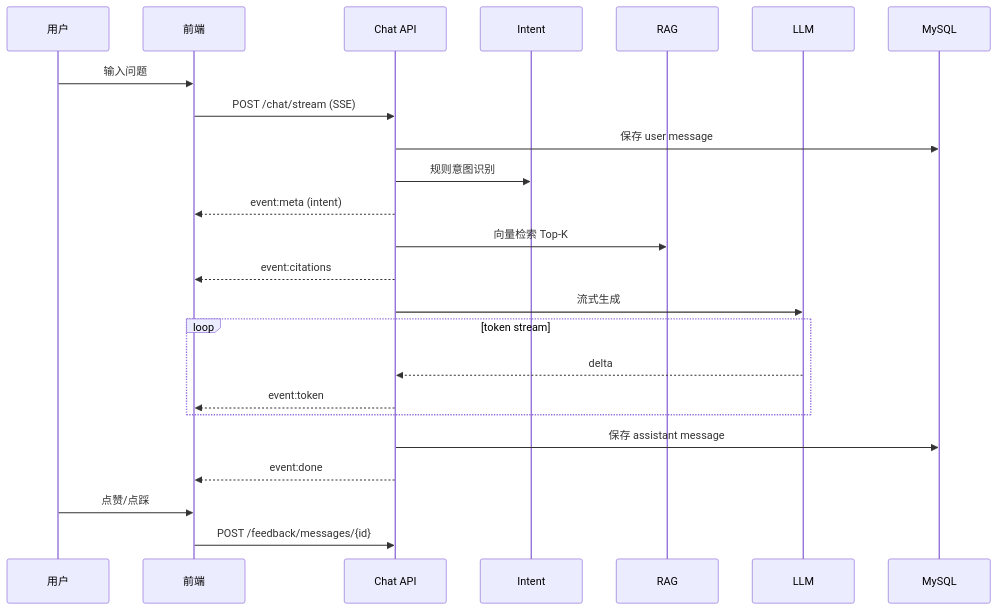
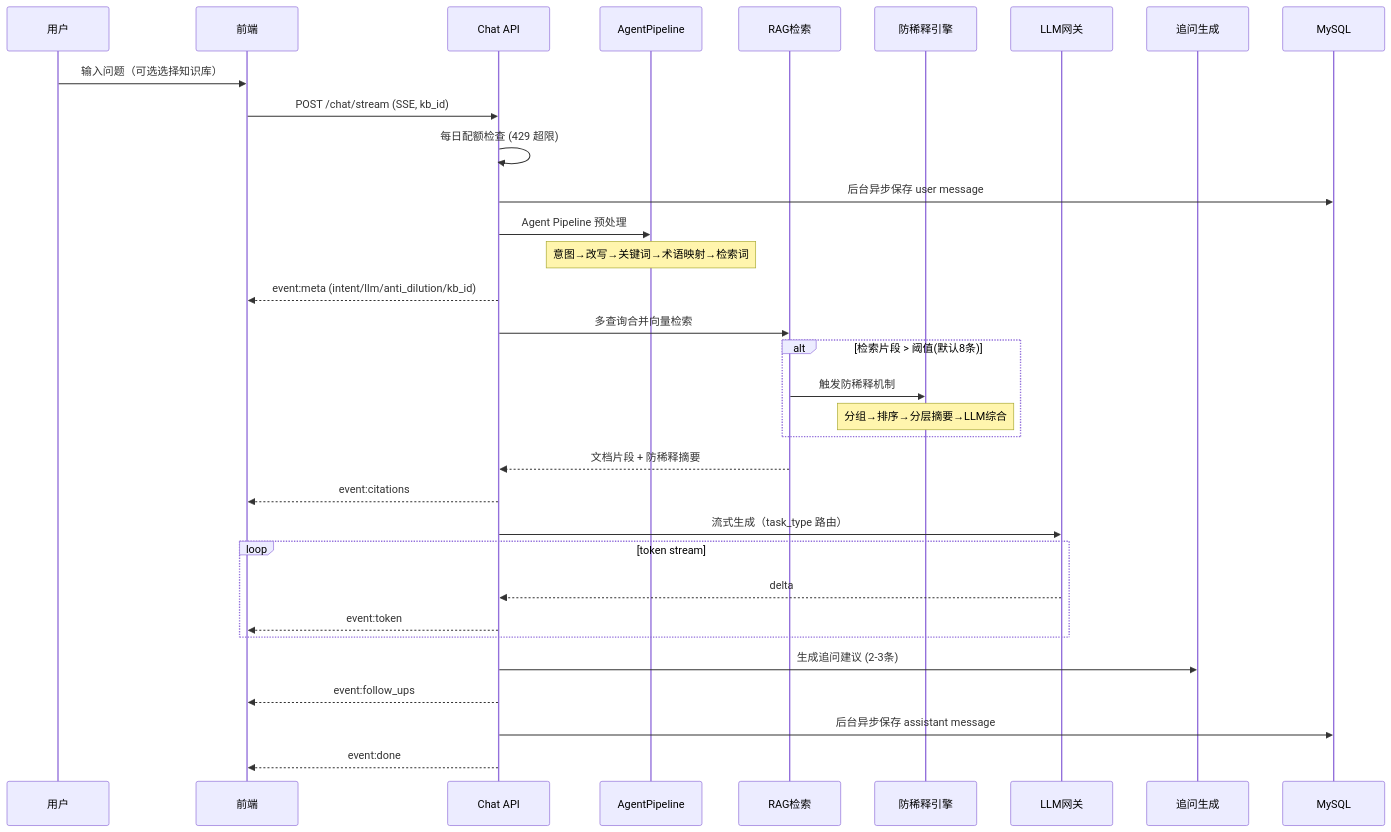
One commit to tangyu1719/haici-intelligent-customer-service changed the fourth of 7 diagrams in docs/业务流程说明.md. Above: the diagram before and after it, drawn with Mermaid. The commit also changed other lines of this file and 2 other files, not shown here.

````diff
--- a/docs/业务流程说明.md
+++ b/docs/业务流程说明.md
@@ -44,27 +72,36 @@
 ```mermaid
 sequenceDiagram
     participant U as 用户
     participant F as 前端
     participant C as Chat API
-    participant I as Intent
-    participant R as RAG
-    participant L as LLM
+    participant P as AgentPipeline
+    participant R as RAG检索
+    participant AD as 防稀释引擎
+    participant L as LLM网关
+    participant FU as 追问生成
     participant DB as MySQL
 
-    U->>F: 输入问题
-    F->>C: POST /chat/stream (SSE)
-    C->>DB: 保存 user message
-    C->>I: 规则意图识别
-    C-->>F: event:meta (intent)
-    C->>R: 向量检索 Top-K
+    U->>F: 输入问题（可选选择知识库）
+    F->>C: POST /chat/stream (SSE, kb_id)
+    C->>C: 每日配额检查 (429 超限)
+    C->>DB: 后台异步保存 user message
+    C->>P: Agent Pipeline 预处理
+    Note over P: 意图→改写→关键词→术语映射→检索词
+    C-->>F: event:meta (intent/llm/anti_dilution/kb_id)
+    C->>R: 多查询合并向量检索
+    alt 检索片段 > 阈值(默认8条)
+        R->>AD: 触发防稀释机制
+        Note over AD: 分组→排序→分层摘要→LLM综合
+    end
+    R-->>C: 文档片段 + 防稀释摘要
     C-->>F: event:citations
-    C->>L: 流式生成
+    C->>L: 流式生成（task_type 路由）
     loop token stream
         L-->>C: delta
         C-->>F: event:token
     end
-    C->>DB: 保存 assistant message
+    C->>FU: 生成追问建议 (2-3条)
+    C-->>F: event:follow_ups
+    C->>DB: 后台异步保存 assistant message
     C-->>F: event:done
-    U->>F: 点赞/点踩
-    F->>C: POST /feedback/messages/{id}
 ```
````
